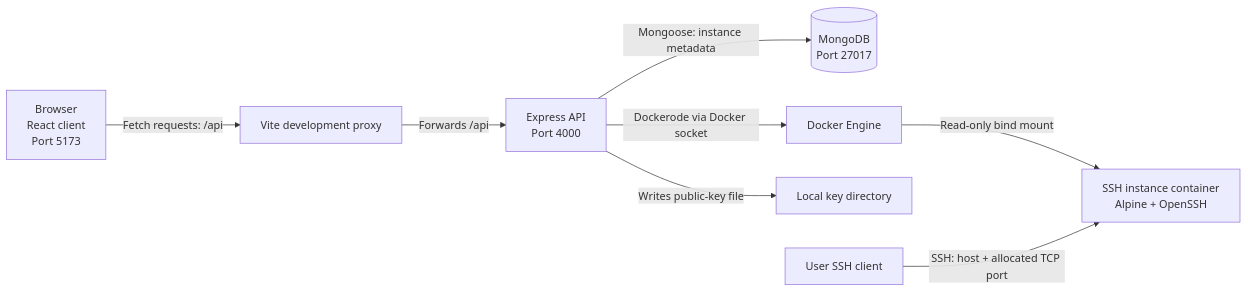
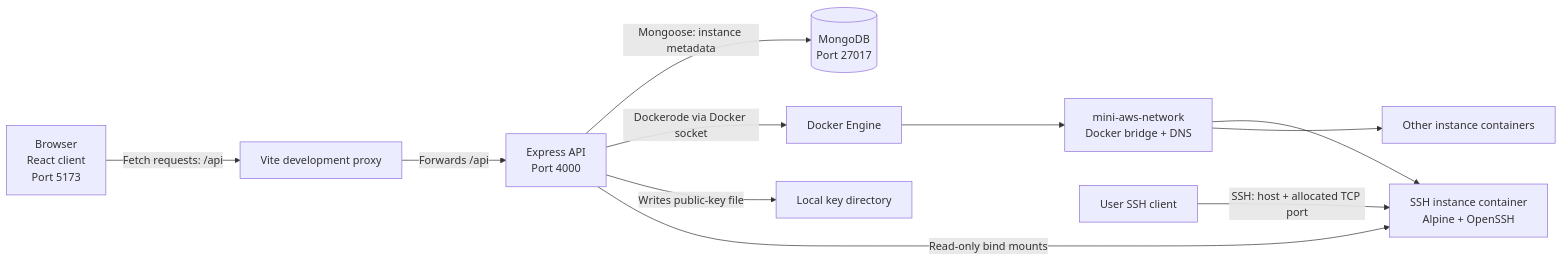
Before and after one commit to deepak2k03/Mini-AWS: the diagram in MINI_AWS_PROJECT_DOCUMENT.md, drawn with Mermaid. The commit also changed other lines of this file and 1 other file, not shown here.

````diff
--- a/MINI_AWS_PROJECT_DOCUMENT.md
+++ b/MINI_AWS_PROJECT_DOCUMENT.md
@@ -19,10 +20,13 @@
 ```mermaid
 flowchart LR
   B[Browser<br/>React client<br/>Port 5173] -->|Fetch requests: /api| V[Vite development proxy]
   V -->|Forwards /api| A[Express API<br/>Port 4000]
   A -->|Mongoose: instance metadata| M[(MongoDB<br/>Port 27017)]
   A -->|Dockerode via Docker socket| D[Docker Engine]
   A -->|Writes public-key file| K[Local key directory]
-  D -->|Read-only bind mount| I[SSH instance container<br/>Alpine + OpenSSH]
+  D --> N[mini-aws-network<br/>Docker bridge + DNS]
+  N --> I[SSH instance container<br/>Alpine + OpenSSH]
+  N --> J[Other instance containers]
+  A -->|Read-only bind mounts| I
   U[User SSH client] -->|SSH: host + allocated TCP port| I
 ```
````
